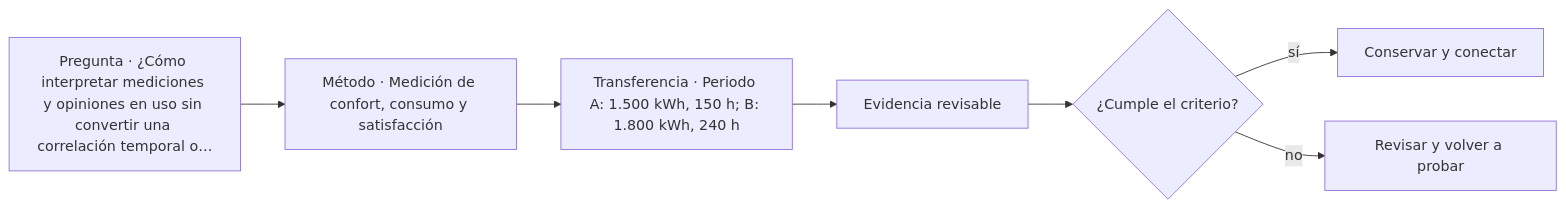
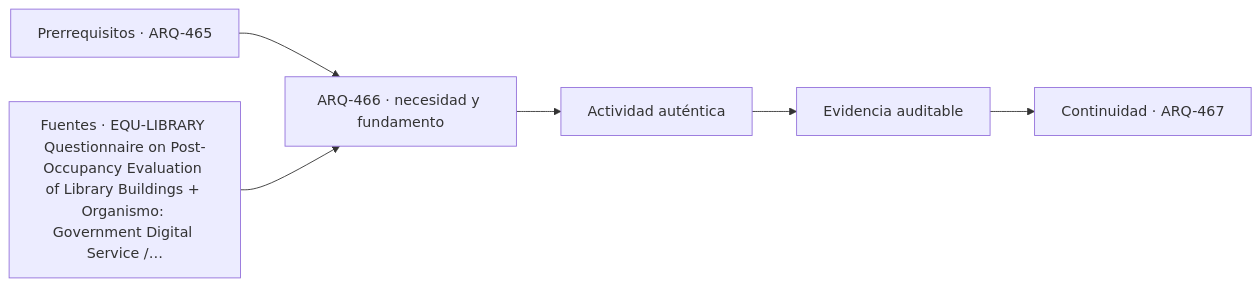
Before and after one commit to vladimiracunadev-create/architecture-built-environment-learning-program: the diagram in classes/parte-47/ARQ-466.md, drawn with Mermaid. The commit also changed other lines of this file and 761 other files, not shown here.

````diff
--- a/classes/parte-47/ARQ-466.md
+++ b/classes/parte-47/ARQ-466.md
@@ -75,9 +87,8 @@
 ```mermaid
 flowchart LR
-    Q["Pregunta · ¿Cómo interpretar mediciones y opiniones en uso sin convertir una correlación temporal o…"] --> M["Método · Medición de confort, consumo y satisfacción"]
-    M --> P["Transferencia · Periodo A: 1.500 kWh, 150 h; B: 1.800 kWh, 240 h"]
-    P --> E["Evidencia revisable"]
-    E --> C{"¿Cumple el criterio?"}
-    C -->|sí| T["Conservar y conectar"]
-    C -->|no| R["Revisar y volver a probar"]
+    A["Prerrequisitos · ARQ-465"] --> B["ARQ-466 · necesidad y fundamento"]
+    S["Fuentes · EQU-LIBRARY Questionnaire on Post-Occupancy Evaluation of Library Buildings + Organismo: Government Digital Service /…"] --> B
+    B --> C["Actividad auténtica"]
+    C --> D["Evidencia auditable"]
+    D --> E["Continuidad · ARQ-467"]
 ```
````
